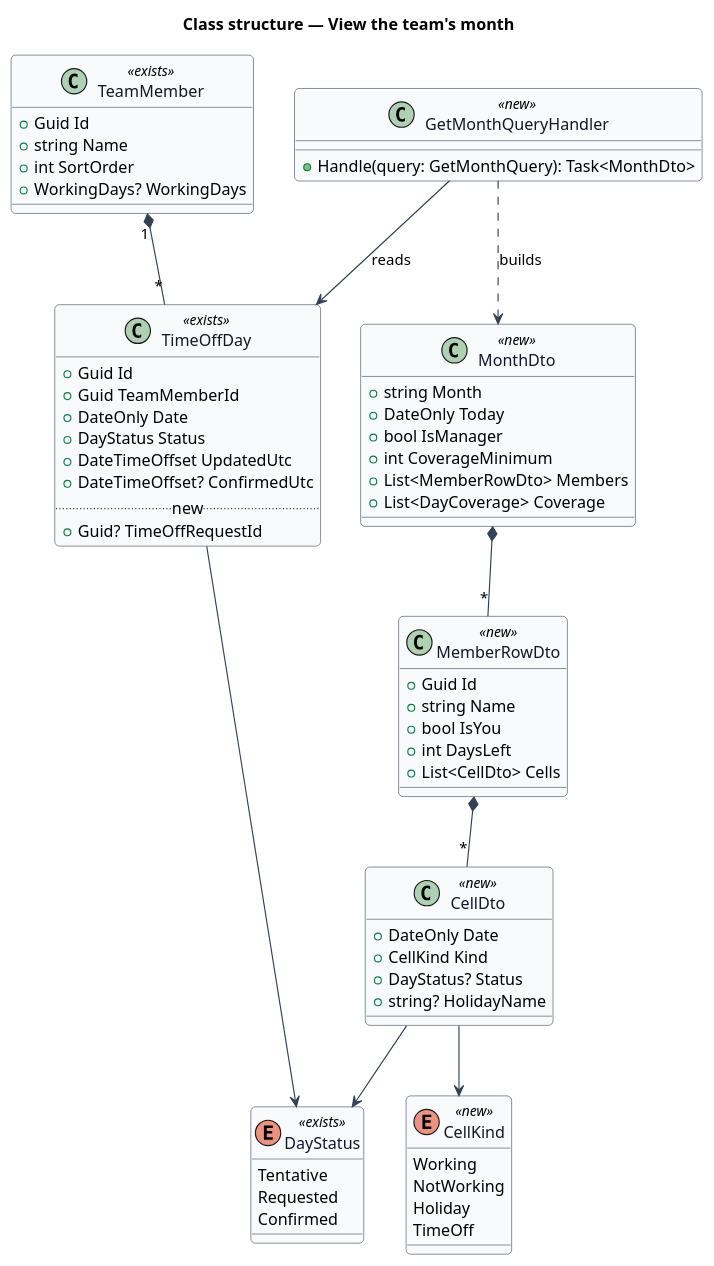
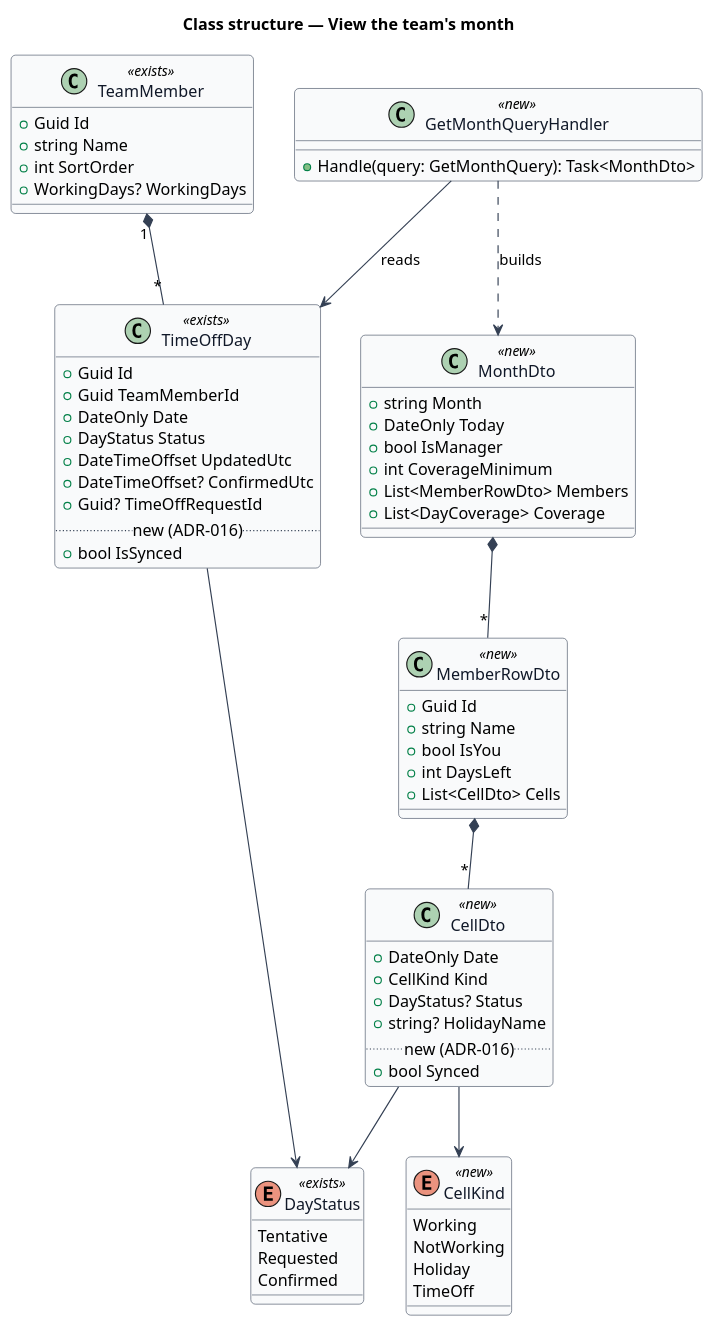
The diagram in docs/detailed-designs/sheet/view-month/diagrams/class-structure.puml (QuinntyneBrown/greenlit), drawn with PlantUML before and after one commit. The commit also changed 13 other files, not shown here.

Commit message:
Design the synced day's write, read and join paths (L2-064, ADR-016)

```diff
--- a/docs/detailed-designs/sheet/view-month/diagrams/class-structure.puml
+++ b/docs/detailed-designs/sheet/view-month/diagrams/class-structure.puml
@@ -1,74 +1,77 @@
 @startuml
 skinparam backgroundColor #FFFFFF
 skinparam shadowing false
 skinparam roundcorner 8
 skinparam defaultFontName Arial
 skinparam ArrowColor #344054
 skinparam class {
   BorderColor #344054
   FontColor #101828
   BackgroundColor #F9FAFB
 }
 title Class structure — View the team's month
 
 class TimeOffDay <<exists>> {
   +Guid Id
   +Guid TeamMemberId
   +DateOnly Date
   +DayStatus Status
   +DateTimeOffset UpdatedUtc
   +DateTimeOffset? ConfirmedUtc
-  .. new ..
   +Guid? TimeOffRequestId
+  .. new (ADR-016) ..
+  +bool IsSynced
 }
 enum DayStatus <<exists>> {
   Tentative
   Requested
   Confirmed
 }
 class TeamMember <<exists>> {
   +Guid Id
   +string Name
   +int SortOrder
   +WorkingDays? WorkingDays
 }
 TeamMember "1" *-- "*" TimeOffDay
 TimeOffDay --> DayStatus
 
 class MonthDto <<new>> {
   +string Month
   +DateOnly Today
   +bool IsManager
   +int CoverageMinimum
   +List<MemberRowDto> Members
   +List<DayCoverage> Coverage
 }
 class MemberRowDto <<new>> {
   +Guid Id
   +string Name
   +bool IsYou
   +int DaysLeft
   +List<CellDto> Cells
 }
 class CellDto <<new>> {
   +DateOnly Date
   +CellKind Kind
   +DayStatus? Status
   +string? HolidayName
+  .. new (ADR-016) ..
+  +bool Synced
 }
 enum CellKind <<new>> {
   Working
   NotWorking
   Holiday
   TimeOff
 }
 class GetMonthQueryHandler <<new>> {
   +Handle(query: GetMonthQuery): Task<MonthDto>
 }
 MonthDto *-- "*" MemberRowDto
 MemberRowDto *-- "*" CellDto
 CellDto --> CellKind
 CellDto --> DayStatus
 GetMonthQueryHandler ..> MonthDto : builds
 GetMonthQueryHandler --> TimeOffDay : reads
 @enduml
```
